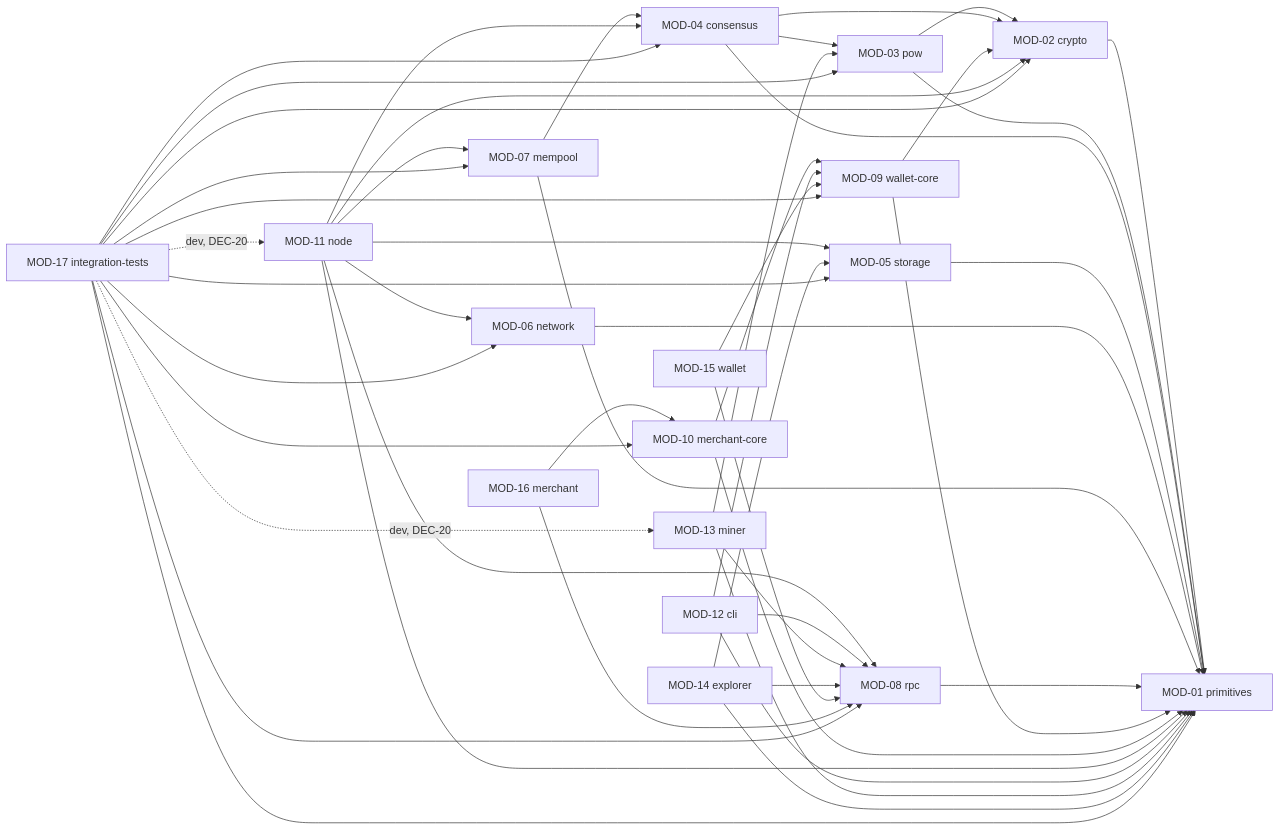
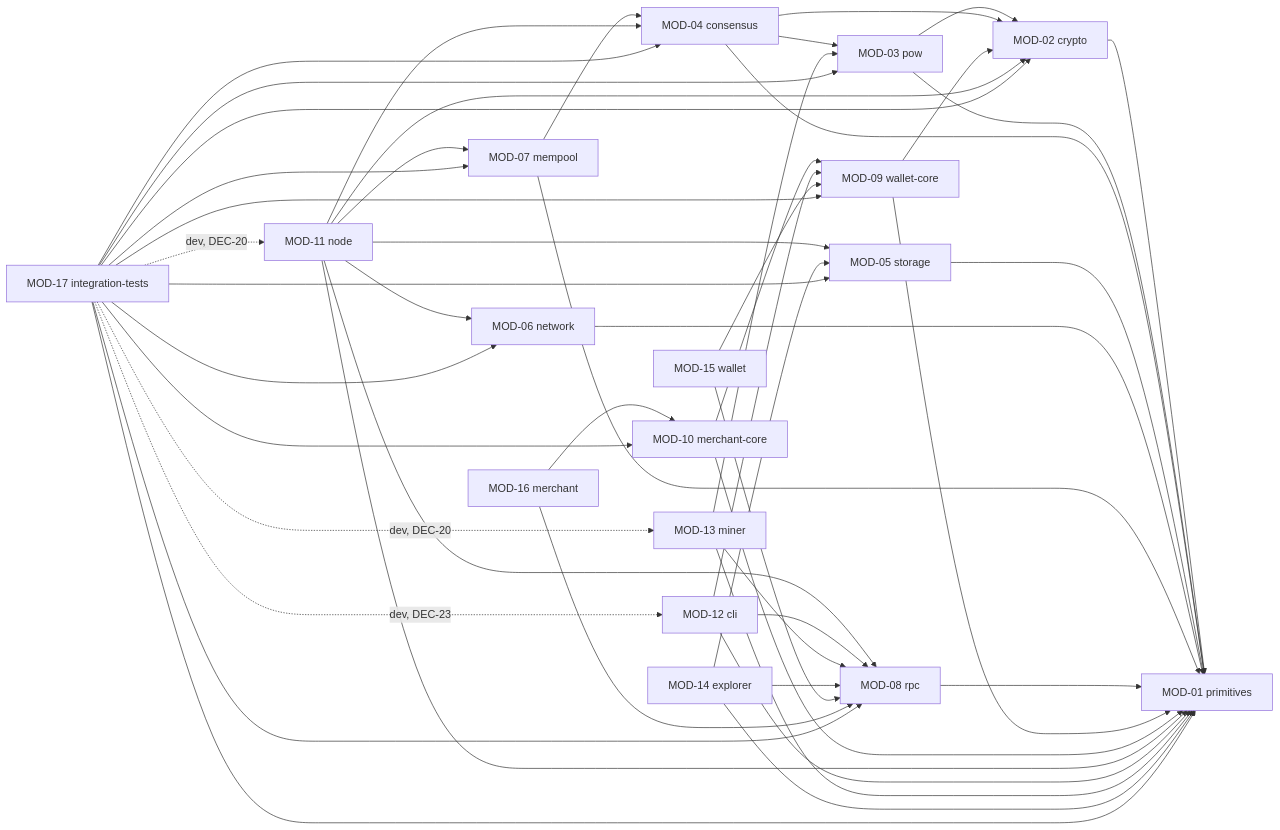
Before and after one commit to ratuaurion-dev/zevrigo: the diagram in docs/system-map.md, drawn with Mermaid. The commit also changed other lines of this file and 10 other files, not shown here.

````diff
--- a/docs/system-map.md
+++ b/docs/system-map.md
@@ -31,75 +31,76 @@
 ```mermaid
 graph LR
     MOD01["MOD-01 primitives"]
     MOD02["MOD-02 crypto"]
     MOD03["MOD-03 pow"]
     MOD04["MOD-04 consensus"]
     MOD05["MOD-05 storage"]
     MOD06["MOD-06 network"]
     MOD07["MOD-07 mempool"]
     MOD08["MOD-08 rpc"]
     MOD09["MOD-09 wallet-core"]
     MOD10["MOD-10 merchant-core"]
     MOD11["MOD-11 node"]
     MOD12["MOD-12 cli"]
     MOD13["MOD-13 miner"]
     MOD14["MOD-14 explorer"]
     MOD15["MOD-15 wallet"]
     MOD16["MOD-16 merchant"]
     MOD17["MOD-17 integration-tests"]
 
     MOD02 --> MOD01
     MOD03 --> MOD01
     MOD03 --> MOD02
     MOD04 --> MOD01
     MOD04 --> MOD02
     MOD04 --> MOD03
     MOD05 --> MOD01
     MOD06 --> MOD01
     MOD07 --> MOD01
     MOD07 --> MOD04
     MOD08 --> MOD01
     MOD09 --> MOD01
     MOD09 --> MOD02
     MOD10 --> MOD01
     MOD10 --> MOD09
 
     MOD11 --> MOD01
     MOD11 --> MOD02
     MOD11 --> MOD04
     MOD11 --> MOD05
     MOD11 --> MOD06
     MOD11 --> MOD07
     MOD11 --> MOD08
 
     MOD12 --> MOD01
     MOD12 --> MOD08
     MOD12 --> MOD09
 
     MOD13 --> MOD01
     MOD13 --> MOD03
     MOD13 --> MOD08
 
     MOD14 --> MOD01
     MOD14 --> MOD05
     MOD14 --> MOD08
 
     MOD15 --> MOD08
     MOD15 --> MOD09
 
     MOD16 --> MOD08
     MOD16 --> MOD10
 
     MOD17 --> MOD01
     MOD17 --> MOD02
     MOD17 --> MOD03
     MOD17 --> MOD04
     MOD17 --> MOD05
     MOD17 --> MOD06
     MOD17 --> MOD07
     MOD17 --> MOD08
     MOD17 --> MOD09
     MOD17 --> MOD10
     MOD17 -.->|dev, DEC-20| MOD11
     MOD17 -.->|dev, DEC-20| MOD13
+    MOD17 -.->|dev, DEC-23| MOD12
 ```
````
